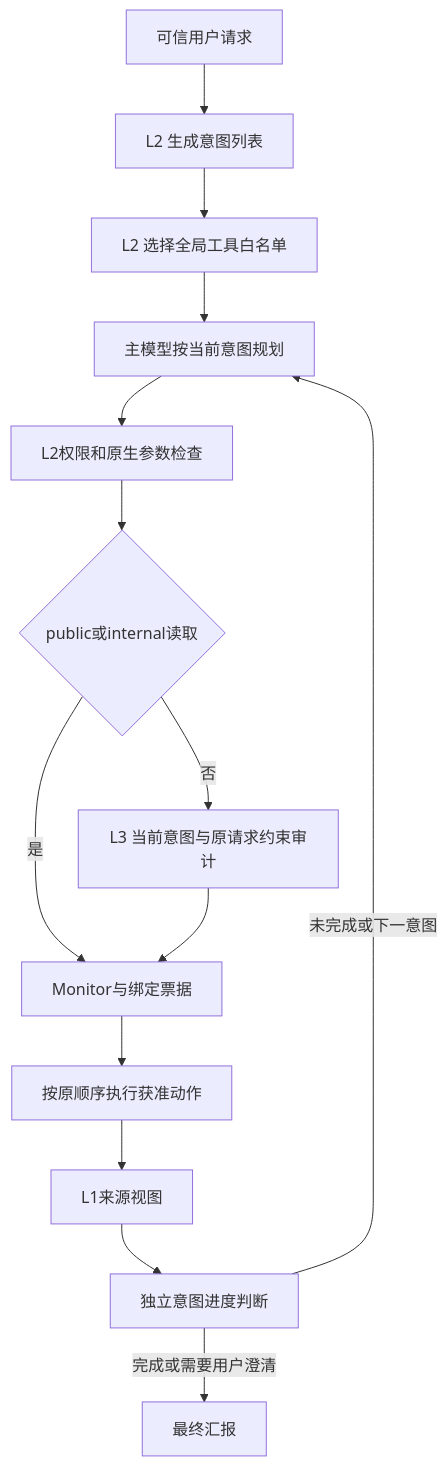
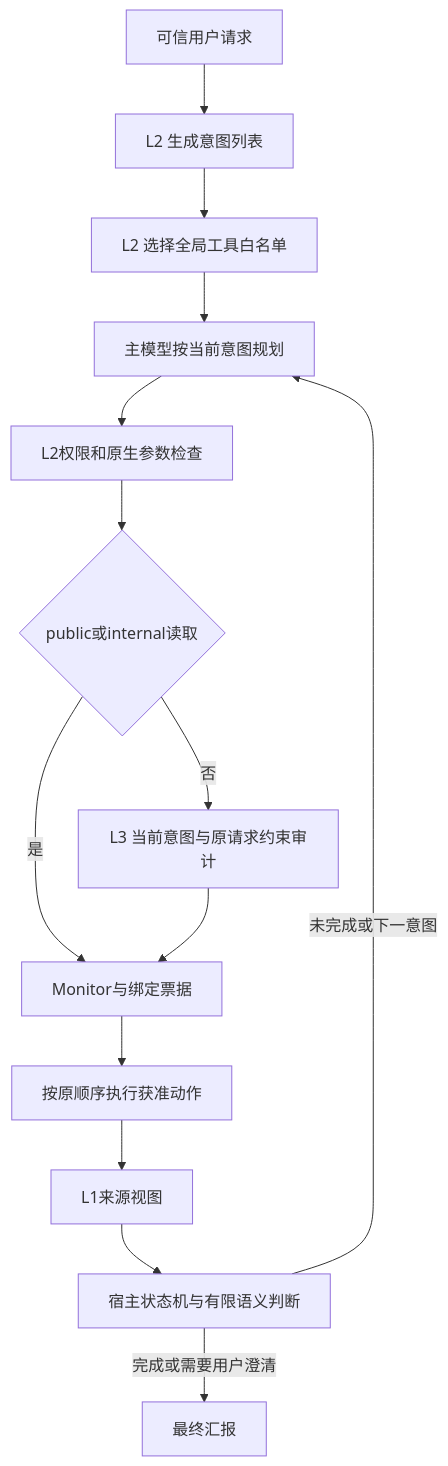
One commit to Walker-luo/DSCG changed the diagram in README.md. Above: the diagram before and after it, drawn with Mermaid. The commit also changed other lines of this file and 19 other files, not shown here.

````diff
--- a/README.md
+++ b/README.md
@@ -28,16 +30,16 @@
 ```mermaid
 flowchart TD
     U[可信用户请求] --> I[L2 生成意图列表]
     I --> W[L2 选择全局工具白名单]
     W --> M[主模型按当前意图规划]
     M --> P[L2权限和原生参数检查]
     P --> R{public或internal读取}
     R -->|是| V[Monitor与绑定票据]
     R -->|否| A[L3 当前意图与原请求约束审计]
     A --> V
     V --> E[按原顺序执行获准动作]
     E --> L[L1来源视图]
-    L --> G[独立意图进度判断]
+    L --> G[宿主状态机与有限语义判断]
     G -->|未完成或下一意图| M
     G -->|完成或需要用户澄清| F[最终汇报]
 ```
````
